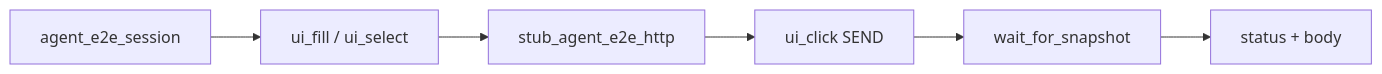
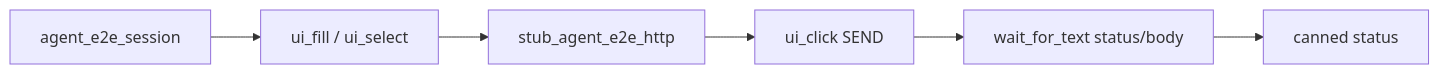
The diagram in doc/dev/agent_golden_e2e.md (koctep/pypost), drawn with Mermaid before and after one commit. The commit also changed other lines of this file and 15 other files, not shown here.

First line of the commit message:
feature(ui): PYPOST-920 Add response status/body widget ids

````diff
--- a/doc/dev/agent_golden_e2e.md
+++ b/doc/dev/agent_golden_e2e.md
@@ -46,8 +47,8 @@
 ```mermaid
 flowchart LR
   Session[agent_e2e_session] --> Fill[ui_fill / ui_select]
   Fill --> Mock[stub_agent_e2e_http]
   Mock --> Send[ui_click SEND]
-  Send --> Wait[wait_for_snapshot]
-  Wait --> Assert[status + body]
+  Send --> Wait[wait_for_text status/body]
+  Wait --> Assert[canned status]
 ```
````
